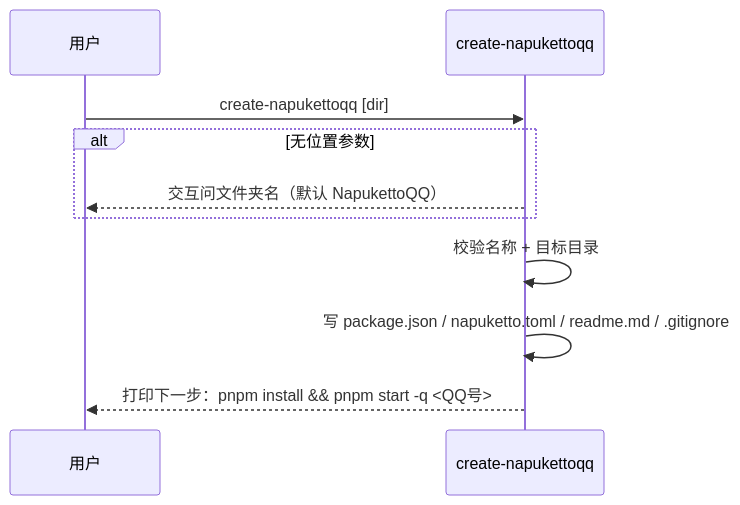
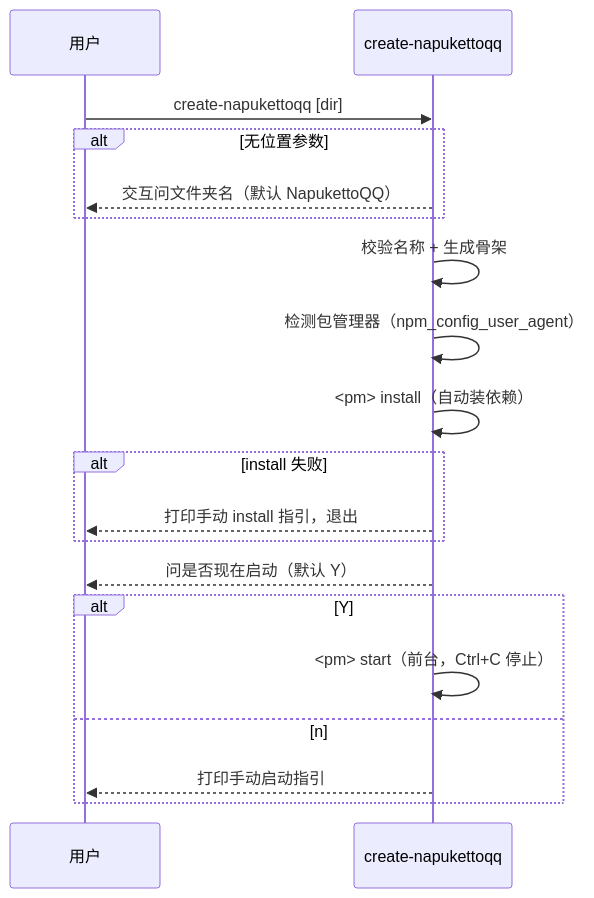
One commit to Oppenheymu/NapukettoQQ changed the diagram in apps/create-napukettoqq/docs/design.md. Above: the diagram before and after it, drawn with Mermaid. The commit also changed other lines of this file and 2 other files, not shown here.

First line of the commit message:
feat(create): 脚手架生成后自动 install + 询问是否启动，包管理器按调用方自动检测

````diff
--- a/apps/create-napukettoqq/docs/design.md
+++ b/apps/create-napukettoqq/docs/design.md
@@ -62,12 +85,21 @@
 ```mermaid
 sequenceDiagram
     participant U as 用户
     participant C as create-napukettoqq
     U->>C: create-napukettoqq [dir]
     alt 无位置参数
         C-->>U: 交互问文件夹名（默认 NapukettoQQ）
     end
-    C->>C: 校验名称 + 目标目录
-    C->>C: 写 package.json / napuketto.toml / readme.md / .gitignore
-    C-->>U: 打印下一步：pnpm install && pnpm start -q <QQ号>
+    C->>C: 校验名称 + 生成骨架
+    C->>C: 检测包管理器（npm_config_user_agent）
+    C->>C: <pm> install（自动装依赖）
+    alt install 失败
+        C-->>U: 打印手动 install 指引，退出
+    end
+    C-->>U: 问是否现在启动（默认 Y）
+    alt Y
+        C->>C: <pm> start（前台，Ctrl+C 停止）
+    else n
+        C-->>U: 打印手动启动指引
+    end
 ```
````
